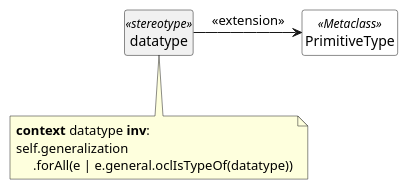
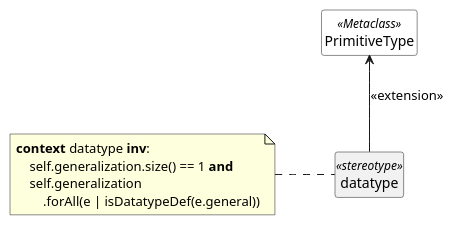
The eighth of 19 diagrams in docs/uml-profile.org (sdm-lang/tree-sitter-sdml), drawn with PlantUML before and after one commit. The commit also changed other lines of this file and 25 other files, not shown here.

Commit message:
docs: working on UML profile

```diff
--- a/docs/uml-profile.org
+++ b/docs/uml-profile.org
@@ -115,12 +311,20 @@
 #+BEGIN_SRC plantuml :file uml-profile-datatype.svg
 skinparam backgroundColor transparent
+skinparam style strictuml
+skinparam linetype polyline
+skinparam nodesep 60
+
 hide circle
 hide members
 
 class PrimitiveType <<Metaclass>> #white {}
 class datatype <<stereotype>> {}
-datatype -r-> PrimitiveType: <<extension>>
+datatype -up-> PrimitiveType: <<extension>>
 
-note "**context** datatype **inv**:\nself.generalization\n     .forAll(e | e.general.oclIsTypeOf(datatype))" as gendatatype
-datatype .. gendatatype
+note left of datatype
+**context** datatype **inv**:
+    self.generalization.size() == 1 **and**
+    self.generalization
+        .forAll(e | isDatatypeDef(e.general))
+end note
 #+END_SRC
```
